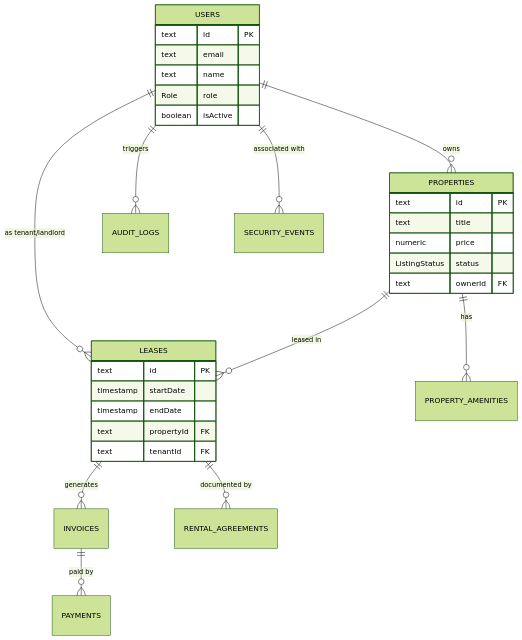
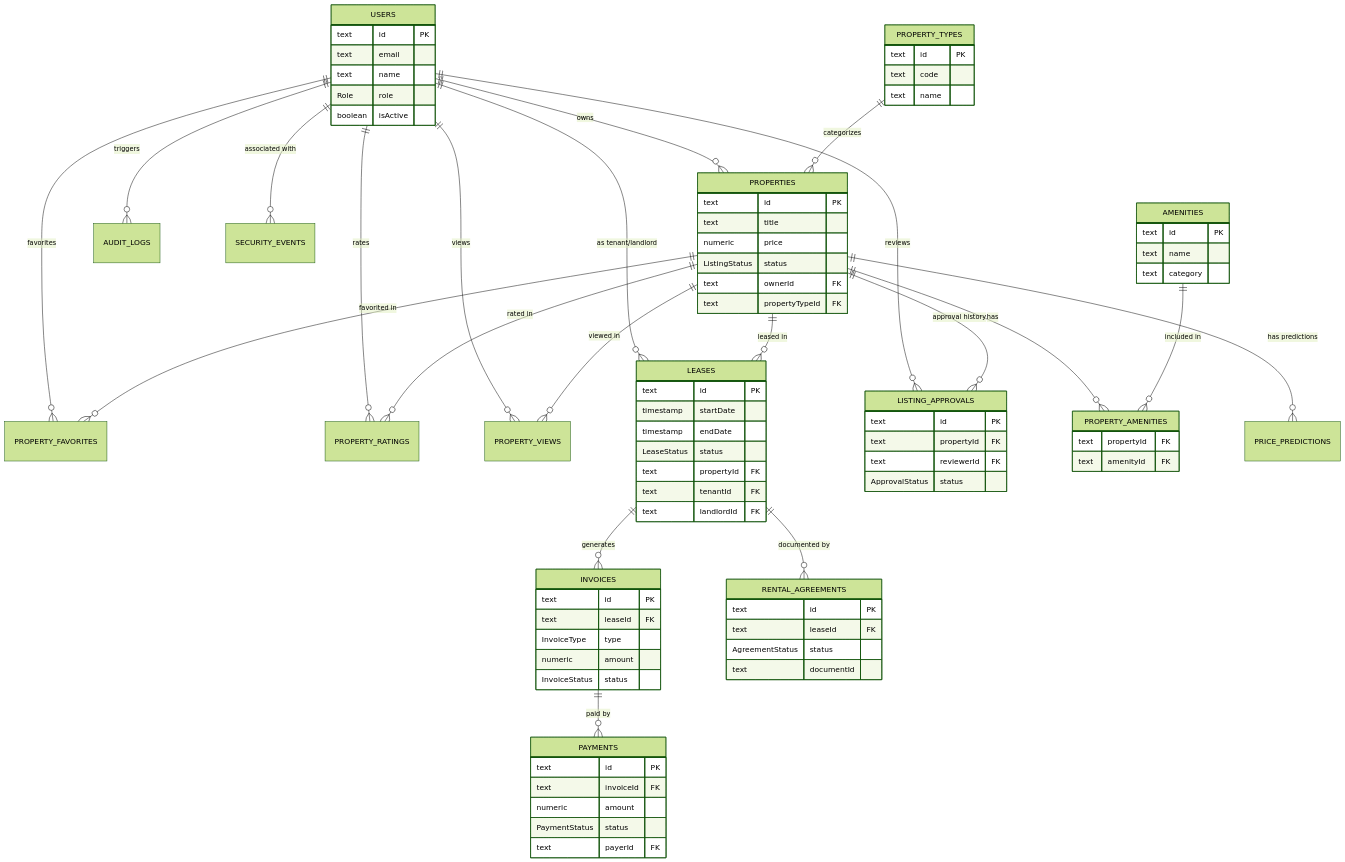
One commit to izwanGit/uitm-devops-challenge_TeamOne changed the fourth of 4 diagrams in README.md. Above: the diagram before and after it, drawn with Mermaid (forest theme).

Commit message:
docs: update ERD diagram to show full schema

````diff
--- a/README.md
+++ b/README.md
@@ -348,16 +348,26 @@
 ```mermaid
 erDiagram
     USERS ||--o{ PROPERTIES : "owns"
+    USERS ||--o{ PROPERTY_FAVORITES : "favorites"
+    USERS ||--o{ PROPERTY_RATINGS : "rates"
+    USERS ||--o{ PROPERTY_VIEWS : "views"
     USERS ||--o{ LEASES : "as tenant/landlord"
+    USERS ||--o{ LISTING_APPROVALS : "reviews"
     USERS ||--o{ AUDIT_LOGS : "triggers"
     USERS ||--o{ SECURITY_EVENTS : "associated with"
 
     PROPERTIES ||--o{ LEASES : "leased in"
     PROPERTIES ||--o{ PROPERTY_AMENITIES : "has"
-    
+    PROPERTIES ||--o{ PROPERTY_FAVORITES : "favorited in"
+    PROPERTIES ||--o{ PROPERTY_RATINGS : "rated in"
+    PROPERTIES ||--o{ PROPERTY_VIEWS : "viewed in"
+    PROPERTIES ||--o{ LISTING_APPROVALS : "approval history"
+    PROPERTIES ||--o{ PRICE_PREDICTIONS : "has predictions"
+    PROPERTY_TYPES ||--o{ PROPERTIES : "categorizes"
+    AMENITIES ||--o{ PROPERTY_AMENITIES : "included in"
+
     LEASES ||--o{ INVOICES : "generates"
     LEASES ||--o{ RENTAL_AGREEMENTS : "documented by"
-    
     INVOICES ||--o{ PAYMENTS : "paid by"
 
     USERS {
@@ -367,20 +377,68 @@
         Role role
         boolean isActive
     }
-
     PROPERTIES {
         text id PK
         text title
         numeric price
         ListingStatus status
         text ownerId FK
+        text propertyTypeId FK
+    }
+    PROPERTY_TYPES {
+        text id PK
+        text code
+        text name
+    }
+
+    AMENITIES {
+        text id PK
+        text name
+        text category
+    }
+
+    PROPERTY_AMENITIES {
+        text propertyId FK
+        text amenityId FK
     }
 
     LEASES {
         text id PK
         timestamp startDate
         timestamp endDate
+        LeaseStatus status
         text propertyId FK
         text tenantId FK
+        text landlordId FK
+    }
+
+    INVOICES {
+        text id PK
+        text leaseId FK
+        InvoiceType type
+        numeric amount
+        InvoiceStatus status
+    }
+
+    PAYMENTS {
+        text id PK
+        text invoiceId FK
+        numeric amount
+        PaymentStatus status
+        text payerId FK
+    }
+
+    RENTAL_AGREEMENTS {
+        text id PK
+        text leaseId FK
+        AgreementStatus status
+        text documentId
+    }
+
+    LISTING_APPROVALS {
+        text id PK
+        text propertyId FK
+        text reviewerId FK
+        ApprovalStatus status
     }
 ```
````
